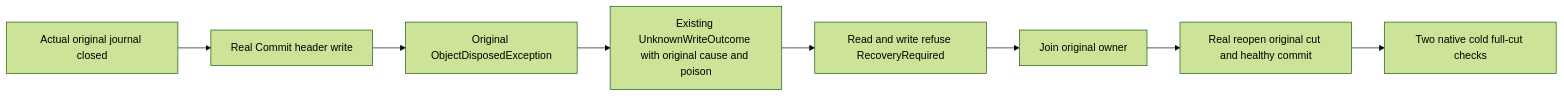
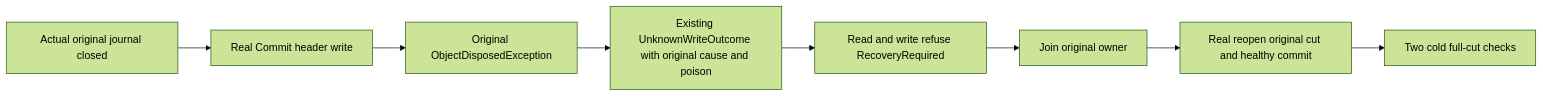
Before and after one commit to managedcode/KeyLoad: the diagram in docs/Features/StorageRecovery/JournalOriginalFailure.md, drawn with Mermaid (forest theme). The commit also changed other lines of this file and 9016 other files, not shown here.

````diff
--- a/docs/Features/StorageRecovery/JournalOriginalFailure.md
+++ b/docs/Features/StorageRecovery/JournalOriginalFailure.md
@@ -11,10 +11,10 @@
 ```mermaid
 flowchart LR
  A[Actual original journal closed] --> B[Real Commit header write]
  B --> C[Original ObjectDisposedException]
  C --> D[Existing UnknownWriteOutcome with original cause and poison]
  D --> E[Read and write refuse RecoveryRequired]
  E --> F[Join original owner]
  F --> G[Real reopen original cut and healthy commit]
- G --> H[Two native cold full-cut checks]
+ G --> H[Two cold full-cut checks]
 ```
````
